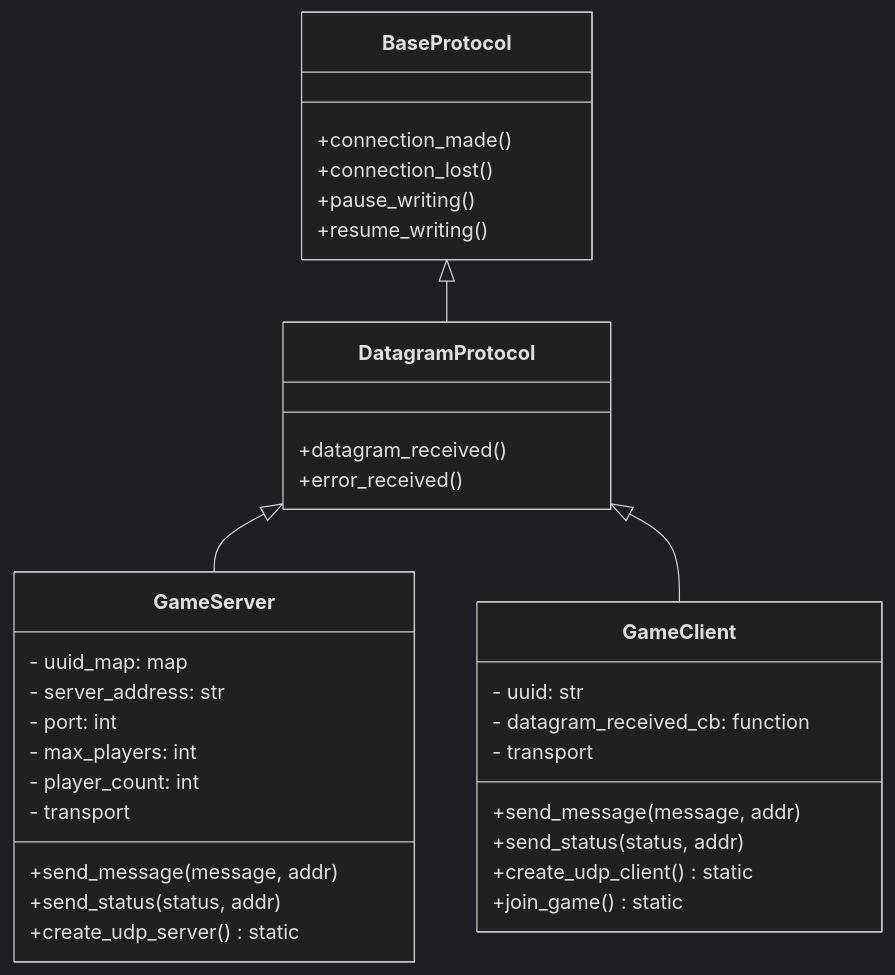
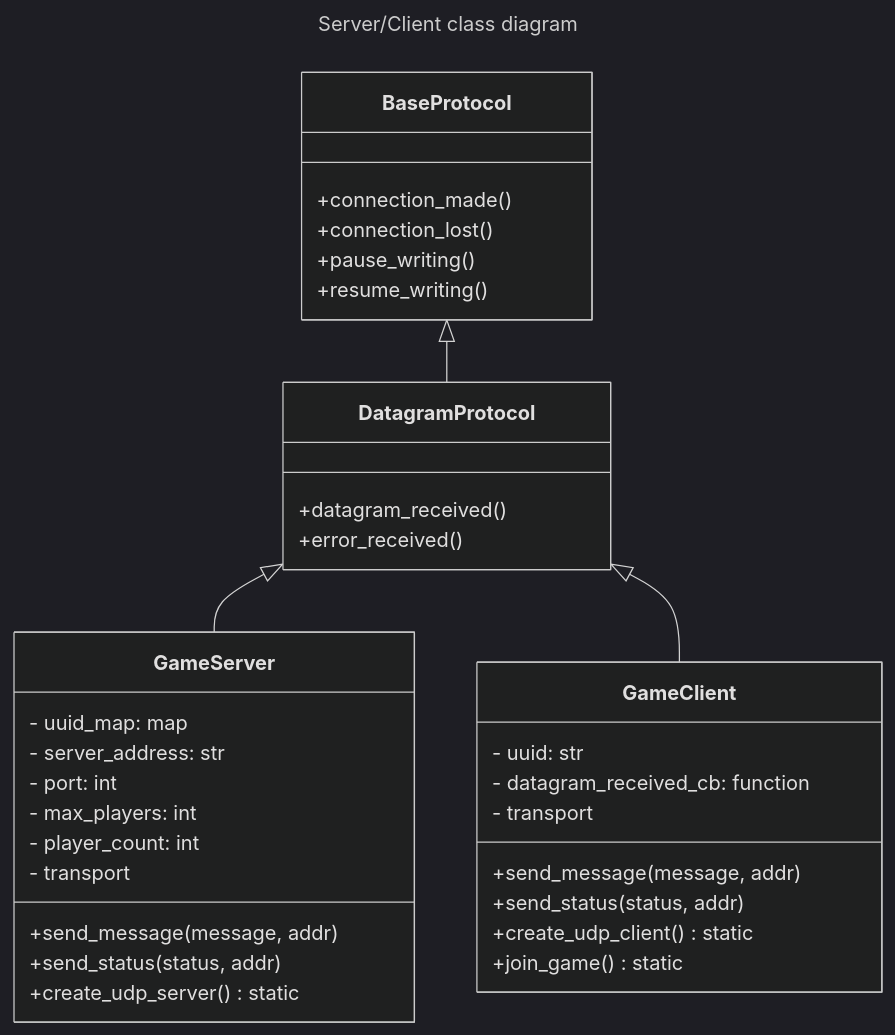
Before and after one commit to jiawpipi1/aoop-group6-boomerang: the first of 3 diagrams in README.md, drawn with Mermaid (dark theme). The commit also changed other lines of this file and 3 other files, not shown here.

````diff
--- a/README.md
+++ b/README.md
@@ -62,37 +62,40 @@
 ```mermaid
+---
+title: Server/Client class diagram
+---
 classDiagram
 BaseProtocol <|-- DatagramProtocol
 DatagramProtocol <|-- GameServer
 DatagramProtocol <|-- GameClient
 class BaseProtocol {
     +connection_made()
     +connection_lost()
     +pause_writing()
     +resume_writing()
 }
 class DatagramProtocol {
 	+datagram_received()
 	+error_received()
 }
 class GameServer {
     - uuid_map: map
     - server_address: str
     - port: int
     - max_players: int
     - player_count: int
     - transport
     +send_message(message, addr)
     +send_status(status, addr)
     +create_udp_server() static
 }
 
 class GameClient {
     - uuid: str
     - datagram_received_cb: function
     - transport
     +send_message(message, addr)
     +send_status(status, addr)
     +create_udp_client() static
     +join_game() static
 }
 ```
````
